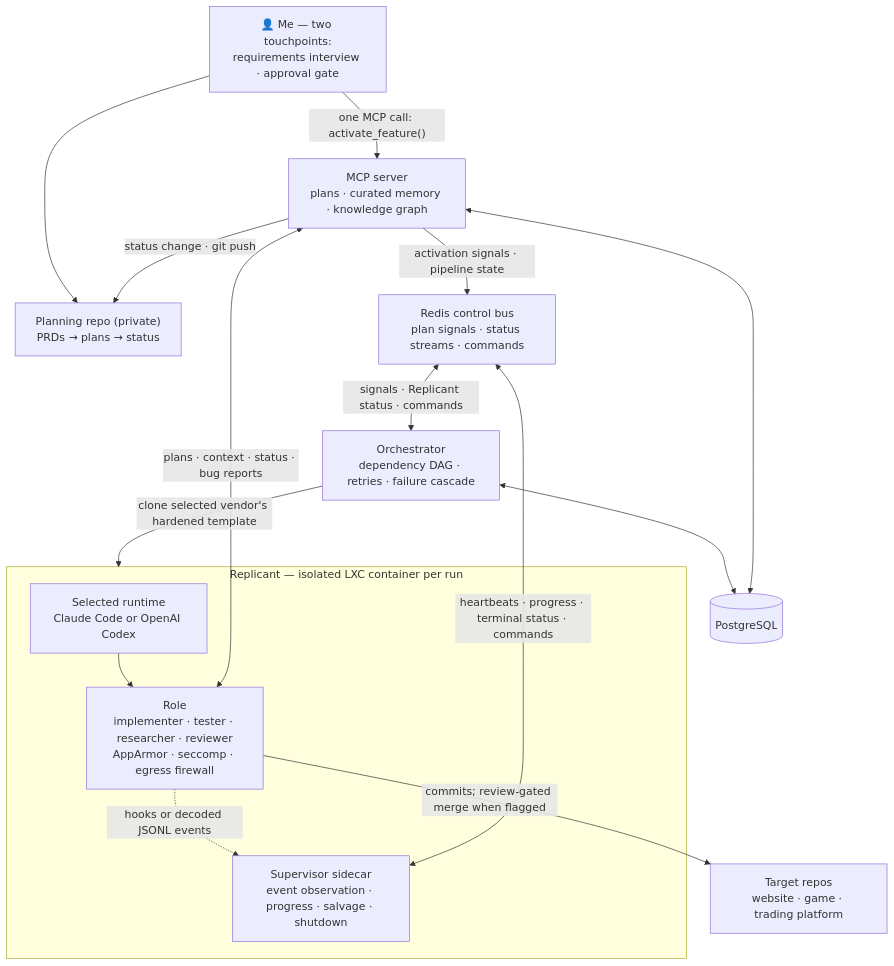
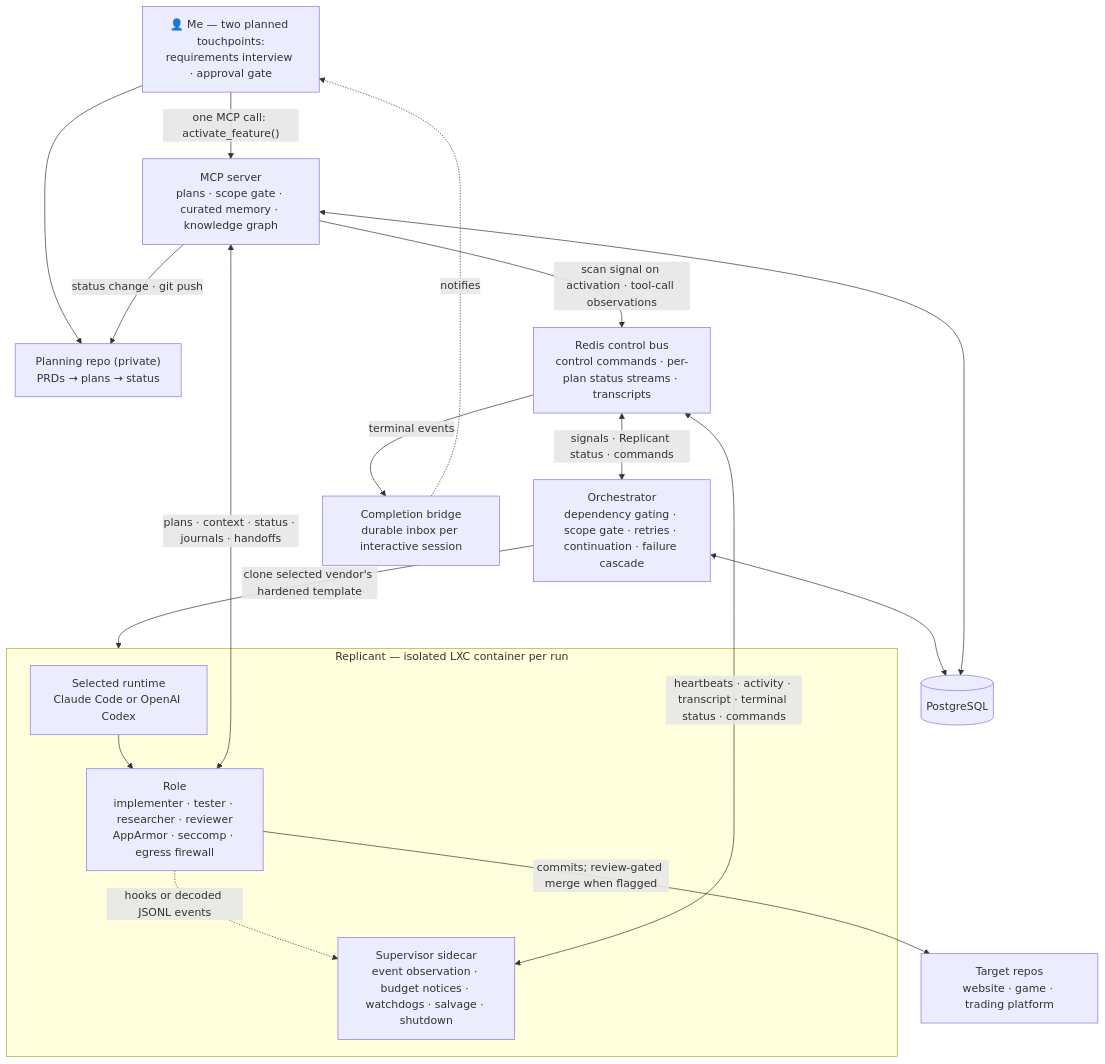
Before and after one commit to GuppitusMaximus/fish-tank: the diagram in README.md, drawn with Mermaid. The commit also changed other lines of this file, not shown here.

````diff
--- a/README.md
+++ b/README.md
@@ -28,21 +28,23 @@
 ```mermaid
 flowchart TD
-    U["👤 Me — two touchpoints:\nrequirements interview · approval gate"] --> P["Planning repo (private)\nPRDs → plans → status"]
-    U -->|"one MCP call: activate_feature()"| M["MCP server\nplans · curated memory · knowledge graph"]
+    U["👤 Me — two planned touchpoints:\nrequirements interview · approval gate"] --> P["Planning repo (private)\nPRDs → plans → status"]
+    U -->|"one MCP call: activate_feature()"| M["MCP server\nplans · scope gate · curated memory · knowledge graph"]
     M -->|"status change · git push"| P
-    M -->|"activation signals · pipeline state"| B["Redis control bus\nplan signals · status streams · commands"]
-    B <-->|"signals · Replicant status · commands"| O["Orchestrator\ndependency DAG · retries · failure cascade"]
+    M -->|"scan signal on activation · tool-call observations"| B["Redis control bus\ncontrol commands · per-plan status streams · transcripts"]
+    B <-->|"signals · Replicant status · commands"| O["Orchestrator\ndependency gating · scope gate · retries · continuation · failure cascade"]
     O <--> DB[("PostgreSQL")]
     M <--> DB
     subgraph C["Replicant — isolated LXC container per run"]
         R["Selected runtime\nClaude Code or OpenAI Codex"]
         A["Role\nimplementer · tester · researcher · reviewer\nAppArmor · seccomp · egress firewall"]
-        S["Supervisor sidecar\nevent observation · progress · salvage · shutdown"]
+        S["Supervisor sidecar\nevent observation · budget notices · watchdogs · salvage · shutdown"]
         R --> A
         A -.->|"hooks or decoded JSONL events"| S
     end
     O -->|"clone selected vendor's hardened template"| C
-    S <-->|"heartbeats · progress · terminal status · commands"| B
-    A <-->|"plans · context · status · bug reports"| M
+    S <-->|"heartbeats · activity · transcript · terminal status · commands"| B
+    A <-->|"plans · context · status · journals · handoffs"| M
     A -->|"commits; review-gated merge when flagged"| T["Target repos\nwebsite · game · trading platform"]
+    B -->|"terminal events"| W["Completion bridge\ndurable inbox per interactive session"]
+    W -.->|"notifies"| U
 ```
````
